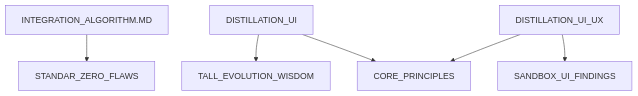
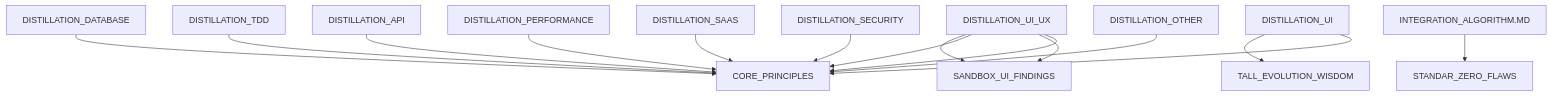
The diagram in memory/distilled/NEXUS_NEURAL_MAP.md (Faisal-Trainer/Human-AI-Nexus), drawn with Mermaid before and after one commit. The commit also changed other lines of this file and 176 other files, not shown here.

````diff
--- a/memory/distilled/NEXUS_NEURAL_MAP.md
+++ b/memory/distilled/NEXUS_NEURAL_MAP.md
@@ -3,8 +3,17 @@
 ```mermaid
 graph TD
+    DISTILLATION_DATABASE --> CORE_PRINCIPLES
+    DISTILLATION_TDD --> CORE_PRINCIPLES
+    DISTILLATION_UI_UX --> SANDBOX_UI_FINDINGS
+    DISTILLATION_UI_UX --> CORE_PRINCIPLES
+    DISTILLATION_API --> CORE_PRINCIPLES
+    DISTILLATION_PERFORMANCE --> CORE_PRINCIPLES
+    DISTILLATION_SAAS --> CORE_PRINCIPLES
+    DISTILLATION_SECURITY --> CORE_PRINCIPLES
     INTEGRATION_ALGORITHM.MD --> STANDAR_ZERO_FLAWS
     DISTILLATION_UI --> TALL_EVOLUTION_WISDOM
     DISTILLATION_UI --> CORE_PRINCIPLES
+    DISTILLATION_OTHER --> CORE_PRINCIPLES
     DISTILLATION_UI_UX --> SANDBOX_UI_FINDINGS
     DISTILLATION_UI_UX --> CORE_PRINCIPLES
 ```
````
